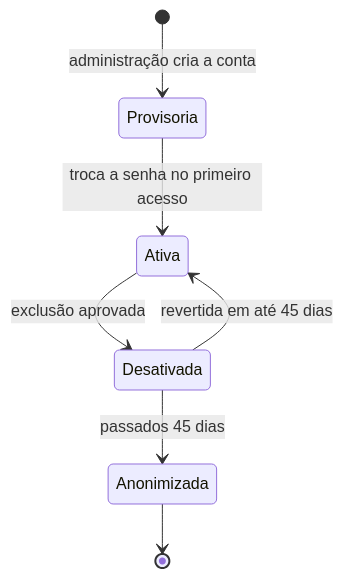
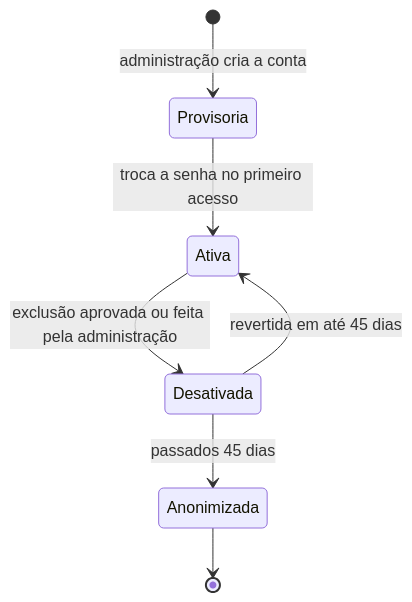
The seventh of 9 diagrams in ARQUITETURA.md (jeanrmatias/DeltaCare), drawn with Mermaid before and after one commit. The commit also changed other lines of this file and 32 other files, not shown here.

````diff
--- a/ARQUITETURA.md
+++ b/ARQUITETURA.md
@@ -330,9 +330,9 @@
 ```mermaid
 stateDiagram-v2
     [*] --> Provisoria: administração cria a conta
     Provisoria --> Ativa: troca a senha no primeiro acesso
-    Ativa --> Desativada: exclusão aprovada
+    Ativa --> Desativada: exclusão aprovada ou feita pela administração
     Desativada --> Ativa: revertida em até 45 dias
     Desativada --> Anonimizada: passados 45 dias
     Anonimizada --> [*]
 ```
````
